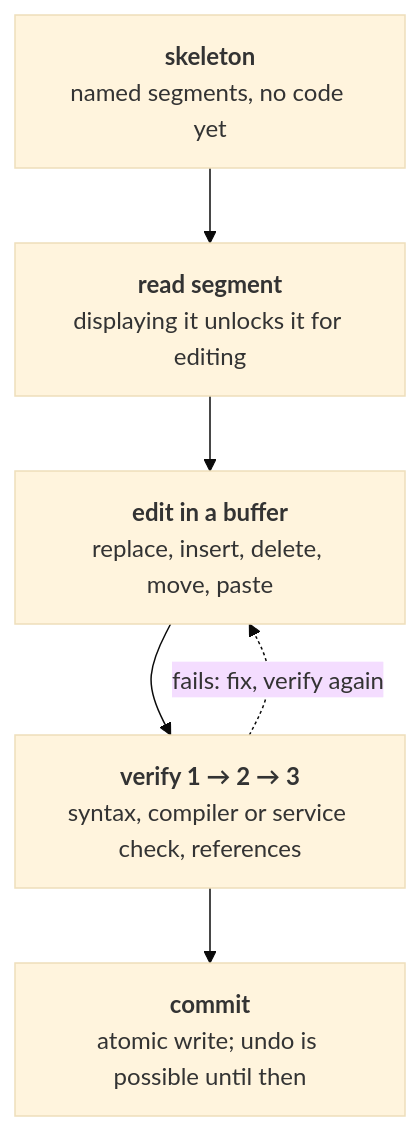
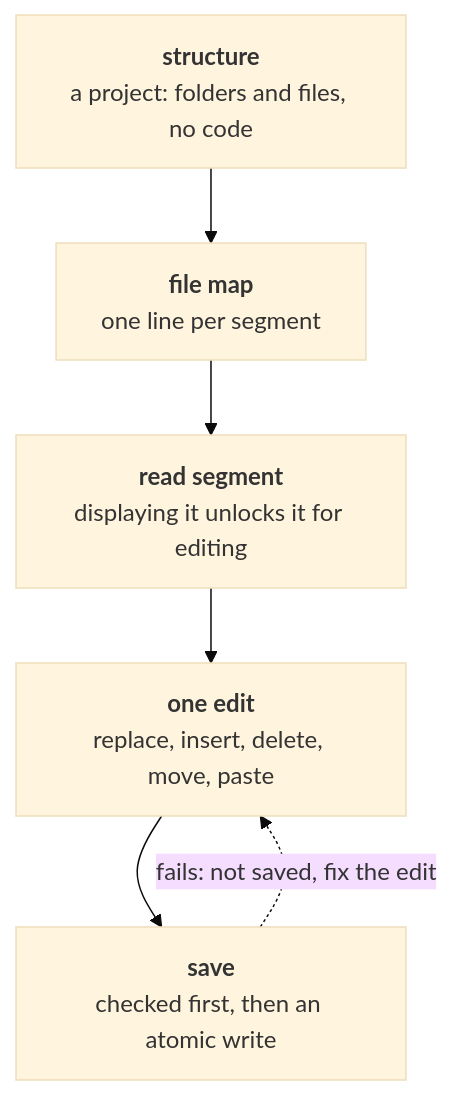
The ninth of 16 diagrams in docs/PAPER.md (itamos-technologia/itamos-mcp-tools), drawn with Mermaid (base theme) before and after one commit. The commit also changed other lines of this file and 2 other files, not shown here.

````diff
--- a/docs/PAPER.md
+++ b/docs/PAPER.md
@@ -320,13 +309,13 @@
 ```mermaid
 flowchart TD
-  n0["<b>skeleton</b><br/>named segments, no code yet"]
-  n1["<b>read segment</b><br/>displaying it unlocks it for editing"]
-  n2["<b>edit in a buffer</b><br/>replace, insert, delete, move, paste"]
-  n3["<b>verify 1 → 2 → 3</b><br/>syntax, compiler or service check, references"]
-  n4["<b>commit</b><br/>atomic write; undo is possible until then"]
+  n0["<b>structure</b><br/>a project: folders and files, no code"]
+  n1["<b>file map</b><br/>one line per segment"]
+  n2["<b>read segment</b><br/>displaying it unlocks it for editing"]
+  n3["<b>one edit</b><br/>replace, insert, delete, move, paste"]
+  n4["<b>save</b><br/>checked first, then an atomic write"]
   n0 --> n1
   n1 --> n2
   n2 --> n3
   n3 --> n4
-  n3 -.->|fails: fix, verify again| n2
+  n4 -.->|fails: not saved, fix the edit| n3
 ```
````
